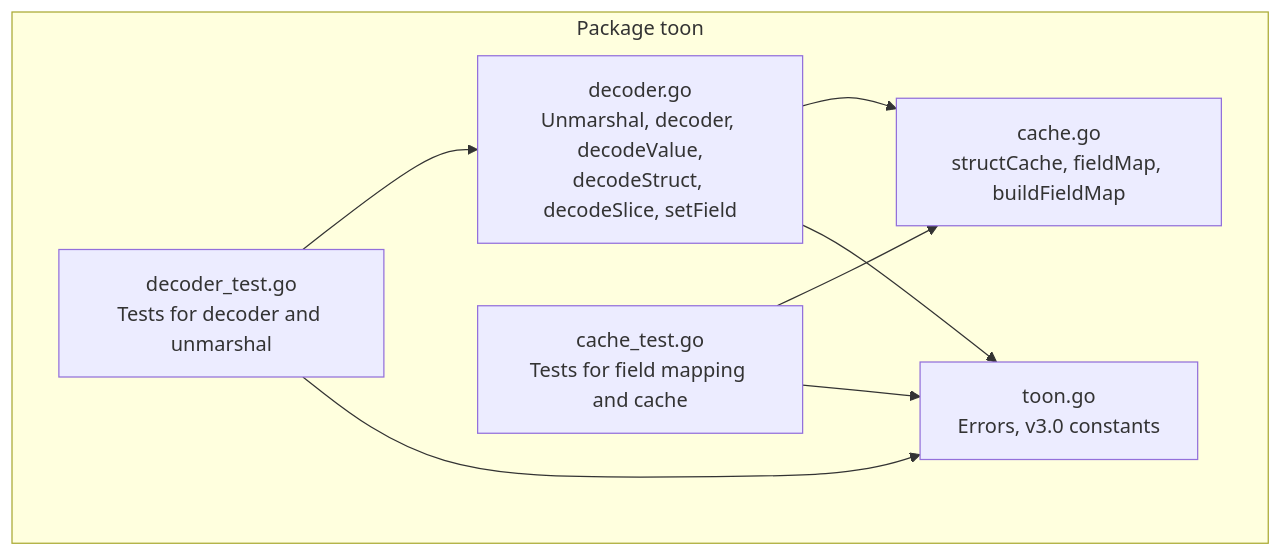
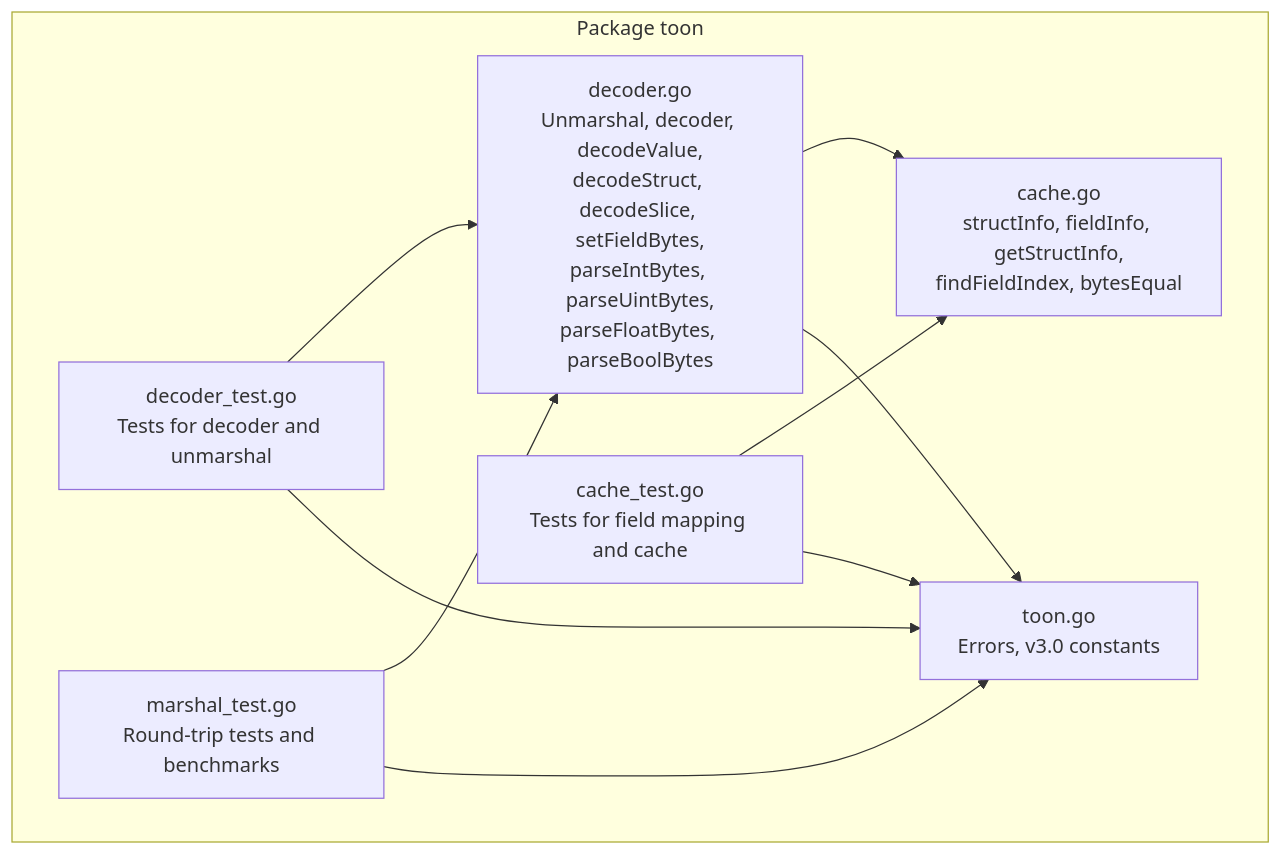
Before and after one commit to OTumanov/go-toon: the first of 5 diagrams in .qoder/repowiki/en/content/Advanced Unmarshaling System.md, drawn with Mermaid. The commit also changed other lines of this file and 6 other files, not shown here.

````diff
--- a/.qoder/repowiki/en/content/Advanced Unmarshaling System.md
+++ b/.qoder/repowiki/en/content/Advanced Unmarshaling System.md
@@ -38,16 +48,19 @@
 ```mermaid
 graph TB
 subgraph "Package toon"
-D["decoder.go<br/>Unmarshal, decoder, decodeValue,<br/>decodeStruct, decodeSlice, setField"]
-C["cache.go<br/>structCache, fieldMap, buildFieldMap"]
+D["decoder.go<br/>Unmarshal, decoder, decodeValue,<br/>decodeStruct, decodeSlice, setFieldBytes,<br/>parseIntBytes, parseUintBytes,<br/>parseFloatBytes, parseBoolBytes"]
+C["cache.go<br/>structInfo, fieldInfo, getStructInfo,<br/>findFieldIndex, bytesEqual"]
 T["toon.go<br/>Errors, v3.0 constants"]
 DT["decoder_test.go<br/>Tests for decoder and unmarshal"]
 CT["cache_test.go<br/>Tests for field mapping and cache"]
+MT["marshal_test.go<br/>Round-trip tests and benchmarks"]
 end
 D --> C
 D --> T
 DT --> D
 DT --> T
 CT --> C
 CT --> T
+MT --> D
+MT --> T
 ```
````
